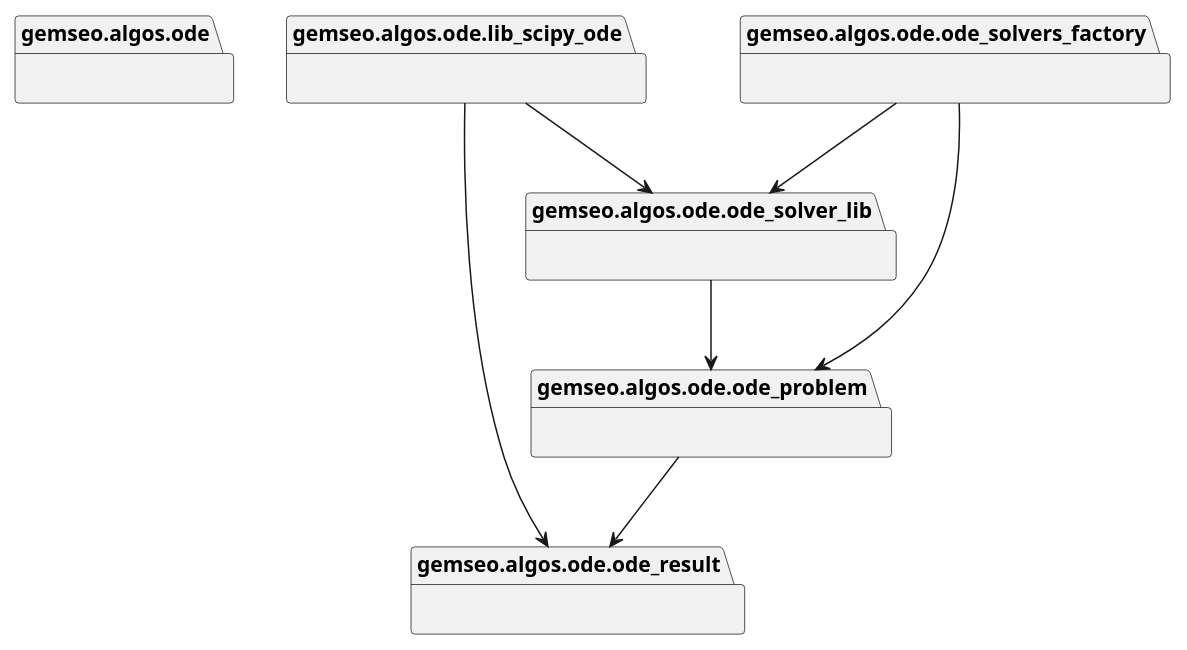
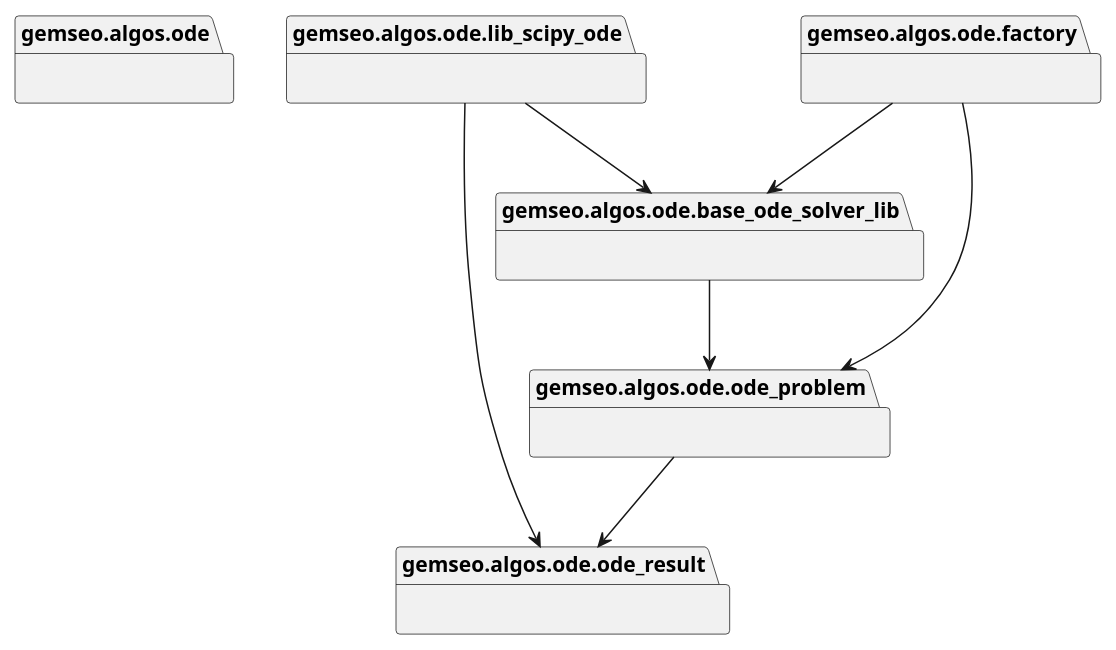
One commit to gemseo/gemseo changed the third of 3 diagrams in doc_src/ode.rst. Above: the diagram before and after it, drawn with PlantUML. The commit also changed other lines of this file and 85 other files, not shown here.

```diff
--- a/doc_src/ode.rst
+++ b/doc_src/ode.rst
@@ -120,23 +120,23 @@
 .. uml::
 
     @startuml packages
     set namespaceSeparator none
     package "gemseo.algos.ode" as gemseo.algos.ode {
     }
     package "gemseo.algos.ode.lib_scipy_ode" as gemseo.algos.ode.lib_scipy_ode {
     }
     package "gemseo.algos.ode.ode_problem" as gemseo.algos.ode.ode_problem {
     }
     package "gemseo.algos.ode.ode_result" as gemseo.algos.ode.ode_result {
     }
-    package "gemseo.algos.ode.ode_solver_lib" as gemseo.algos.ode.ode_solver_lib {
+    package "gemseo.algos.ode.base_ode_solver_lib" as gemseo.algos.ode.base_ode_solver_lib {
     }
-    package "gemseo.algos.ode.ode_solvers_factory" as gemseo.algos.ode.ode_solvers_factory {
+    package "gemseo.algos.ode.factory" as gemseo.algos.ode.factory {
     }
     gemseo.algos.ode.lib_scipy_ode --> gemseo.algos.ode.ode_result
-    gemseo.algos.ode.lib_scipy_ode --> gemseo.algos.ode.ode_solver_lib
+    gemseo.algos.ode.lib_scipy_ode --> gemseo.algos.ode.base_ode_solver_lib
     gemseo.algos.ode.ode_problem --> gemseo.algos.ode.ode_result
-    gemseo.algos.ode.ode_solver_lib --> gemseo.algos.ode.ode_problem
-    gemseo.algos.ode.ode_solvers_factory --> gemseo.algos.ode.ode_problem
-    gemseo.algos.ode.ode_solvers_factory --> gemseo.algos.ode.ode_solver_lib
+    gemseo.algos.ode.base_ode_solver_lib --> gemseo.algos.ode.ode_problem
+    gemseo.algos.ode.factory --> gemseo.algos.ode.ode_problem
+    gemseo.algos.ode.factory --> gemseo.algos.ode.base_ode_solver_lib
     @enduml
```
